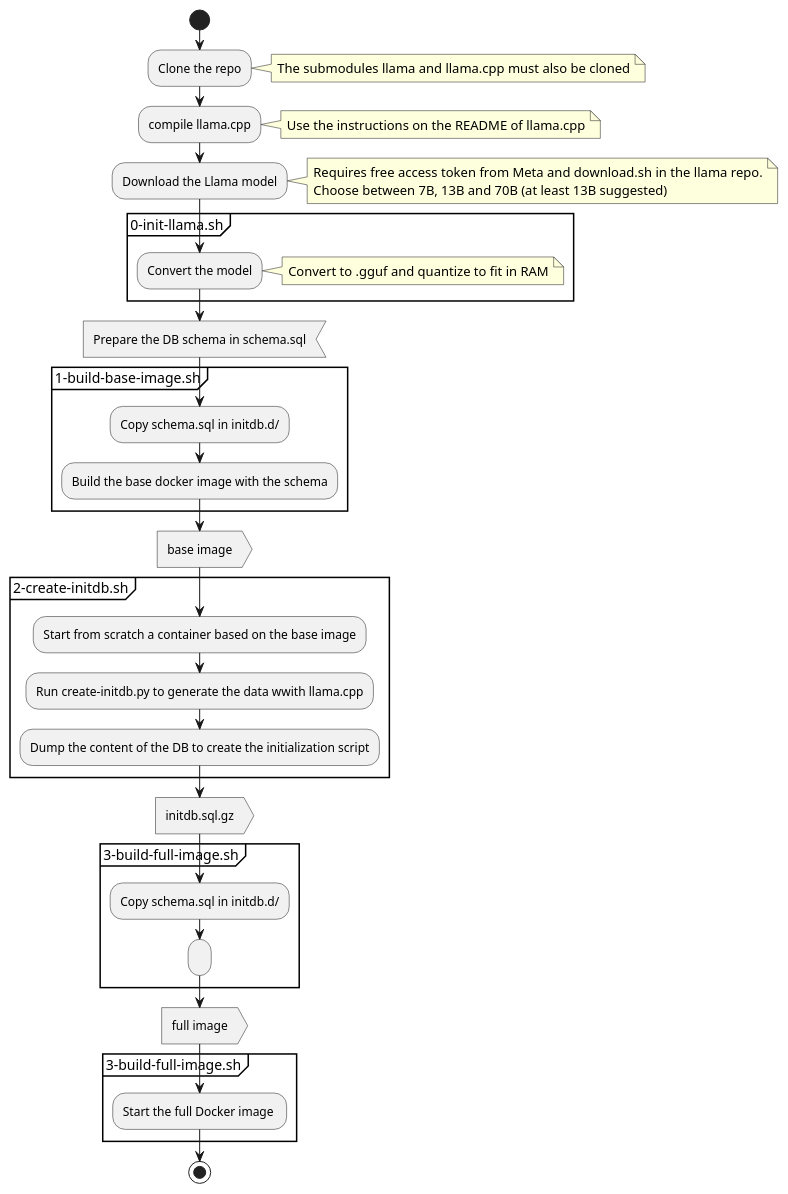
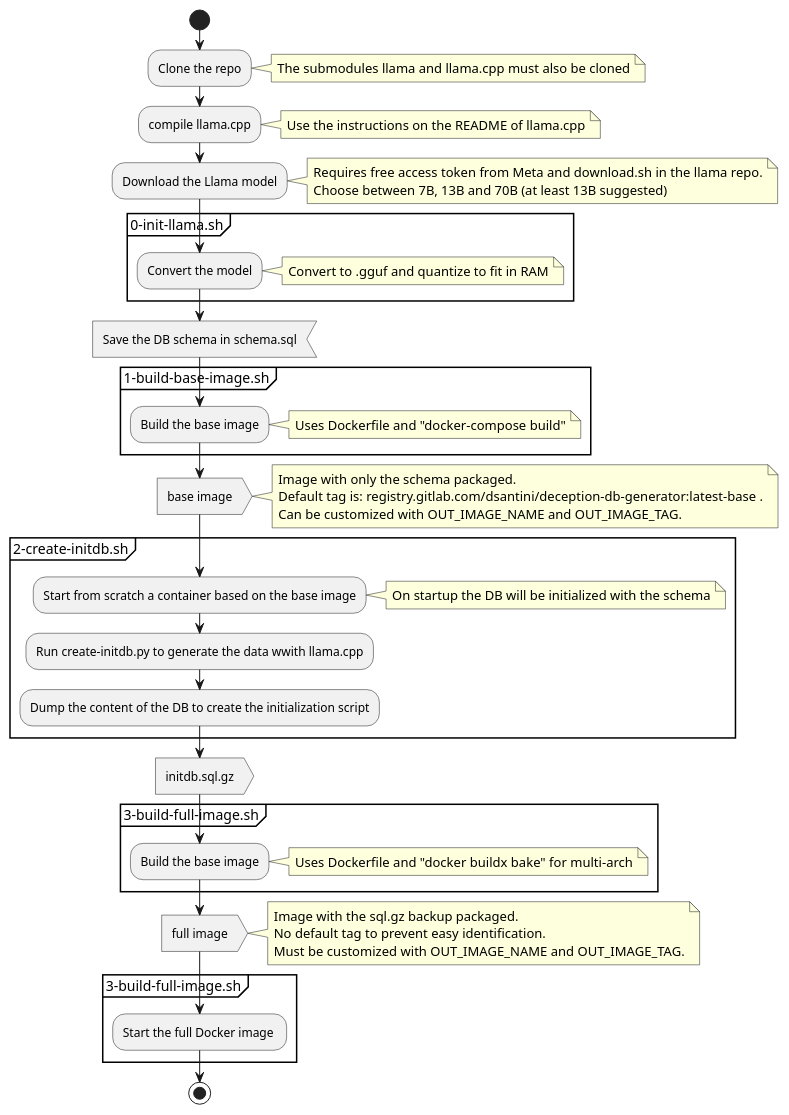
The diagram in diagram.plantuml (Danysan1/deception_db_generator), drawn with PlantUML before and after one commit. The commit also changed 5 other files, not shown here.

```diff
--- a/diagram.plantuml
+++ b/diagram.plantuml
@@ -1,38 +1,49 @@
-@startuml
+@startuml deception_db_generator
 start
 :Clone the repo;
 note right: The submodules llama and llama.cpp must also be cloned
 :compile llama.cpp;
 note right: Use the instructions on the README of llama.cpp
 :Download the Llama model;
 note right
   Requires free access token from Meta and download.sh in the llama repo.
   Choose between 7B, 13B and 70B (at least 13B suggested)
 end note
 partition "0-init-llama.sh" {
     :Convert the model;
     note right: Convert to .gguf and quantize to fit in RAM
 }
-:Prepare the DB schema in schema.sql; <<input>>
+:Save the DB schema in schema.sql; <<input>>
 partition "1-build-base-image.sh" {
-    :Copy schema.sql in initdb.d/;
-    :Build the base docker image with the schema;
+    :Build the base image;
+    note right: Uses Dockerfile and "docker-compose build"
 }
 :base image; <<output>>
+note right
+    Image with only the schema packaged.
+    Default tag is: registry.gitlab.com/dsantini/deception-db-generator:latest-base .
+    Can be customized with OUT_IMAGE_NAME and OUT_IMAGE_TAG.
+end note
 partition "2-create-initdb.sh" {
     :Start from scratch a container based on the base image;
+    note right: On startup the DB will be initialized with the schema
     :Run create-initdb.py to generate the data wwith llama.cpp;
     :Dump the content of the DB to create the initialization script;
 }
 :initdb.sql.gz; <<output>>
 partition "3-build-full-image.sh" {
-    :Copy schema.sql in initdb.d/;
-    :;
+    :Build the base image;
+    note right: Uses Dockerfile and "docker buildx bake" for multi-arch
 }
 :full image; <<output>>
+note right
+    Image with the sql.gz backup packaged.
+    No default tag to prevent easy identification.
+    Must be customized with OUT_IMAGE_NAME and OUT_IMAGE_TAG.
+end note
 partition "3-build-full-image.sh" {
     :Start the full Docker image ;
 }
 
 stop
 @enduml
```
